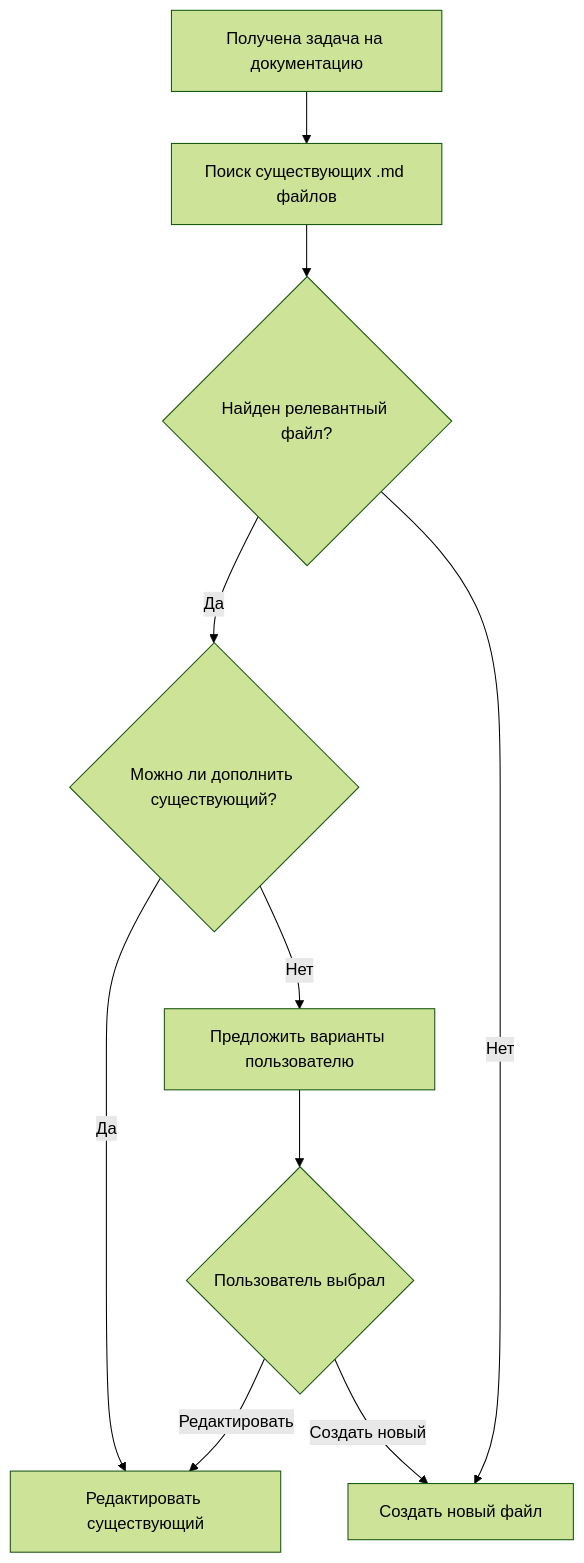
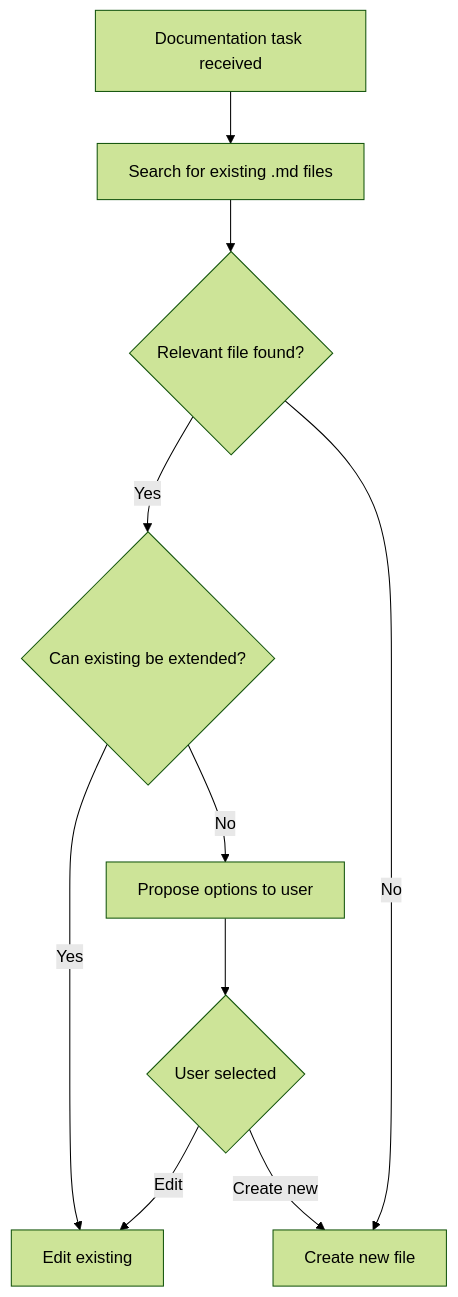
One commit to MaroonSkull/FSMConfig changed the diagram in docs/development/architect-workflow.md. Above: the diagram before and after it, drawn with Mermaid (forest theme). The commit also changed other lines of this file and 32 other files, not shown here.

````diff
--- a/docs/development/architect-workflow.md
+++ b/docs/development/architect-workflow.md
@@ -36,15 +36,15 @@
 ```mermaid
 flowchart TD
-    A[Получена задача на документацию] --> B[Поиск существующих .md файлов]
-    B --> C{Найден релевантный файл?}
+    A[Documentation task received] --> B[Search for existing .md files]
+    B --> C{Relevant file found?}
     
-    C -->|Да| D{Можно ли дополнить существующий?}
-    C -->|Нет| G[Создать новый файл]
+    C -->|Yes| D{Can existing be extended?}
+    C -->|No| G[Create new file]
     
-    D -->|Да| E[Редактировать существующий]
-    D -->|Нет| F[Предложить варианты пользователю]
+    D -->|Yes| E[Edit existing]
+    D -->|No| F[Propose options to user]
     
-    F --> H{Пользователь выбрал}
-    H -->|Редактировать| E
-    H -->|Создать новый| G
+    F --> H{User selected}
+    H -->|Edit| E
+    H -->|Create new| G
 ```
````
